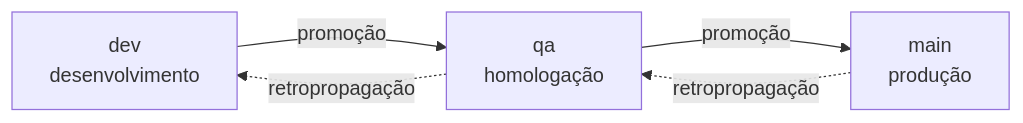
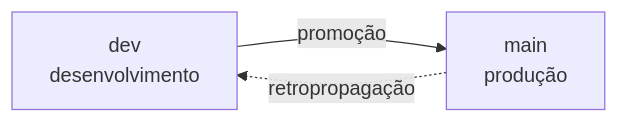
The diagram in docs/explanation/branching-policy.md (daneiel/brabo), drawn with Mermaid before and after one commit. The commit also changed other lines of this file and 10 other files, not shown here.

Commit message:
docs: ADR 0235 aposenta a qa, esteira dev → main e arquivamento semanal (AT-660, AT-661)

````diff
--- a/docs/explanation/branching-policy.md
+++ b/docs/explanation/branching-policy.md
@@ -39,7 +40,5 @@
 ```mermaid
 flowchart LR
-  D[dev<br/>desenvolvimento] -->|promoção| Q[qa<br/>homologação]
-  Q -->|promoção| M[main<br/>produção]
-  M -.->|retropropagação| Q
-  Q -.->|retropropagação| D
+  D[dev<br/>desenvolvimento] -->|promoção| M[main<br/>produção]
+  M -.->|retropropagação| D
 ```
````
